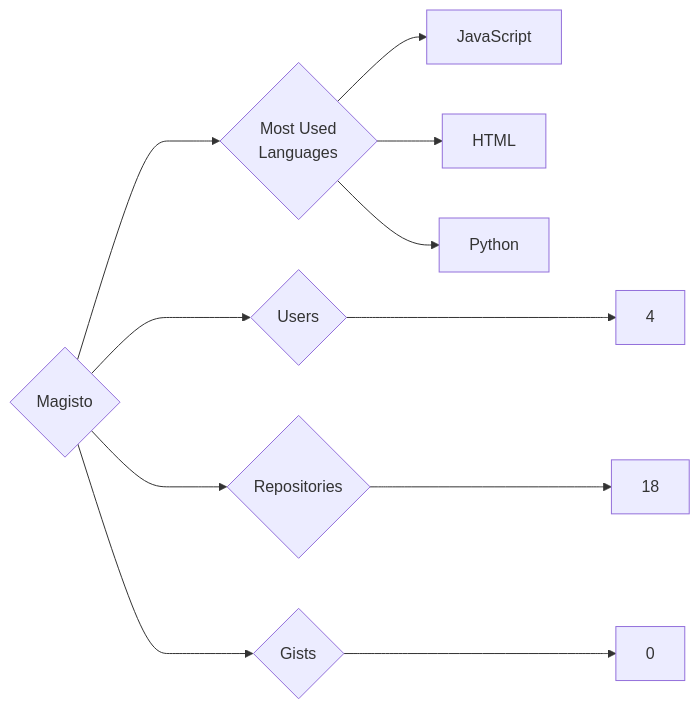
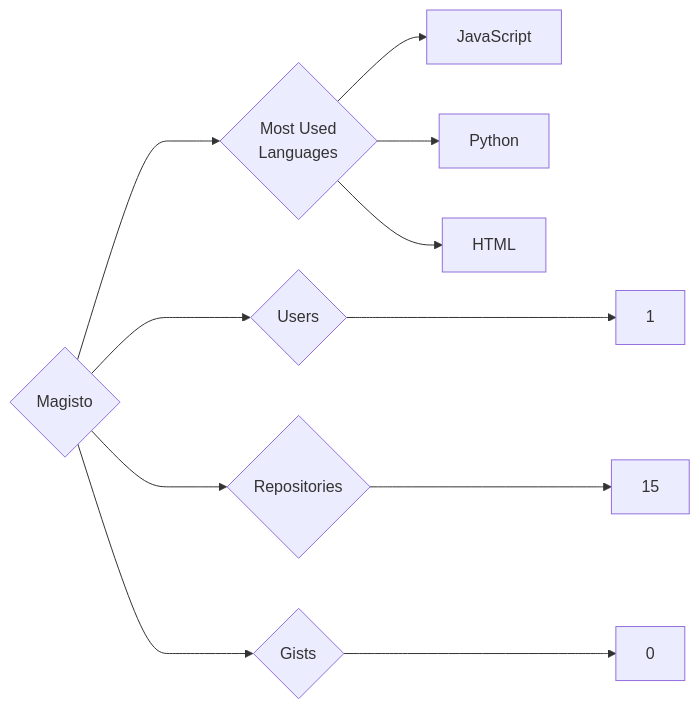
Before and after one commit to trickest/insiders: the diagram in targets/Magisto/README.md, drawn with Mermaid. The commit also changed 773 other files, not shown here.

````diff
--- a/targets/Magisto/README.md
+++ b/targets/Magisto/README.md
@@ -3,11 +3,11 @@
 ```mermaid
 graph LR
 COMPANY_NAME{Magisto}
-COMPANY_NAME ---> U{Users} ---> UN[4]
-COMPANY_NAME ---> R{Repositories} ---> RN[18]
+COMPANY_NAME ---> U{Users} ---> UN[1]
+COMPANY_NAME ---> R{Repositories} ---> RN[15]
 COMPANY_NAME ---> G{Gists} ---> GN[0]
 COMPANY_NAME ---> ML{Most Used<br>Languages}
 ML --> JavaScript[JavaScript]
+ML --> Python[Python]
 ML --> HTML[HTML]
-ML --> Python[Python]
 ```
````
